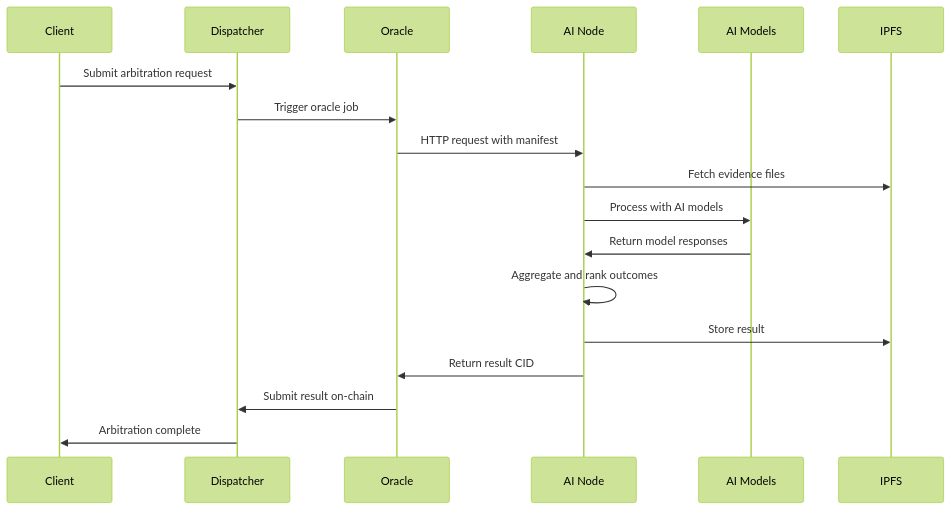
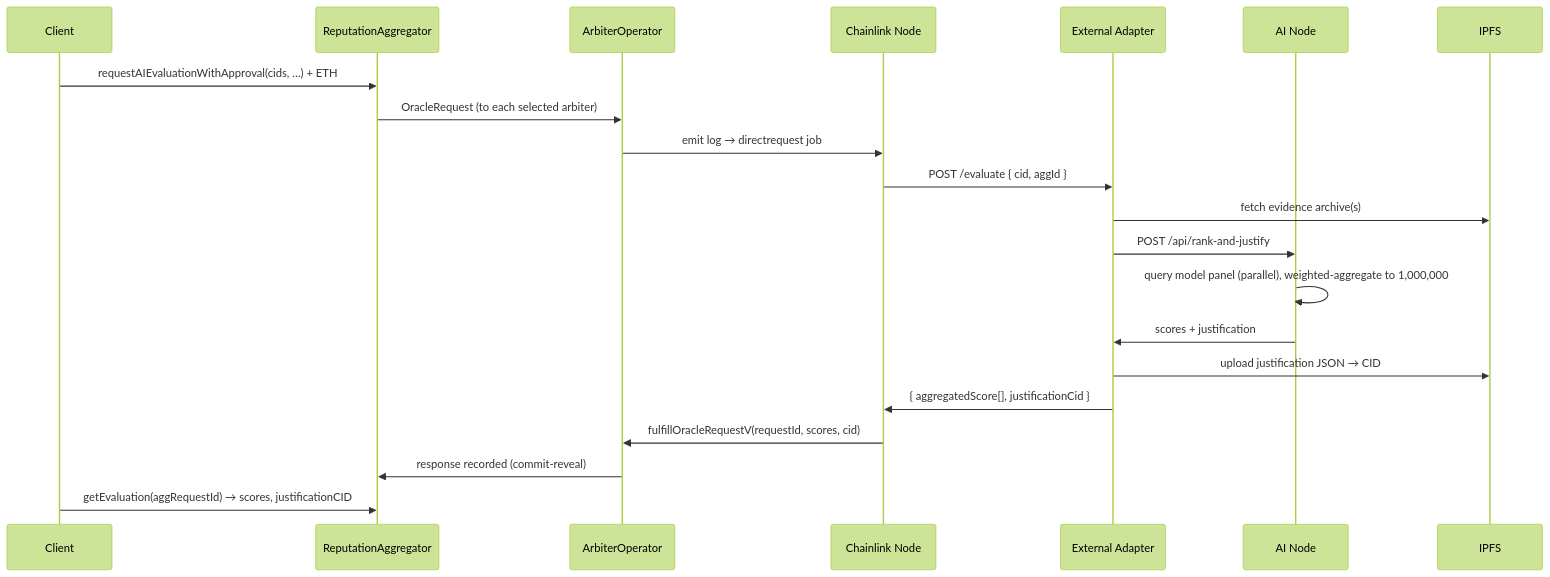
Before and after one commit to verdikta/verdikta-arbiter: the second of 3 diagrams in docs/development/architecture.md, drawn with Mermaid (forest theme). The commit also changed other lines of this file and 5 other files, not shown here.

````diff
--- a/docs/development/architecture.md
+++ b/docs/development/architecture.md
@@ -166,21 +202,24 @@
 ```mermaid
 sequenceDiagram
     participant C as Client
-    participant D as Dispatcher
-    participant O as Oracle
-    participant A as AI Node
-    participant M as AI Models
+    participant AG as ReputationAggregator
+    participant OP as ArbiterOperator
+    participant CL as Chainlink Node
+    participant EA as External Adapter
+    participant AN as AI Node
     participant I as IPFS
-    
-    C->>D: Submit arbitration request
-    D->>O: Trigger oracle job
-    O->>A: HTTP request with manifest
-    A->>I: Fetch evidence files
-    A->>M: Process with AI models
-    M->>A: Return model responses
-    A->>A: Aggregate and rank outcomes
-    A->>I: Store result
-    A->>O: Return result CID
-    O->>D: Submit result on-chain
-    D->>C: Arbitration complete
+
+    C->>AG: requestAIEvaluationWithApproval(cids, …) + ETH
+    AG->>OP: OracleRequest (to each selected arbiter)
+    OP->>CL: emit log → directrequest job
+    CL->>EA: POST /evaluate { cid, aggId }
+    EA->>I: fetch evidence archive(s)
+    EA->>AN: POST /api/rank-and-justify
+    AN->>AN: query model panel (parallel), weighted-aggregate to 1,000,000
+    AN->>EA: scores + justification
+    EA->>I: upload justification JSON → CID
+    EA->>CL: { aggregatedScore[], justificationCid }
+    CL->>OP: fulfillOracleRequestV(requestId, scores, cid)
+    OP->>AG: response recorded (commit-reveal)
+    C->>AG: getEvaluation(aggRequestId) → scores, justificationCID
 ```
````
